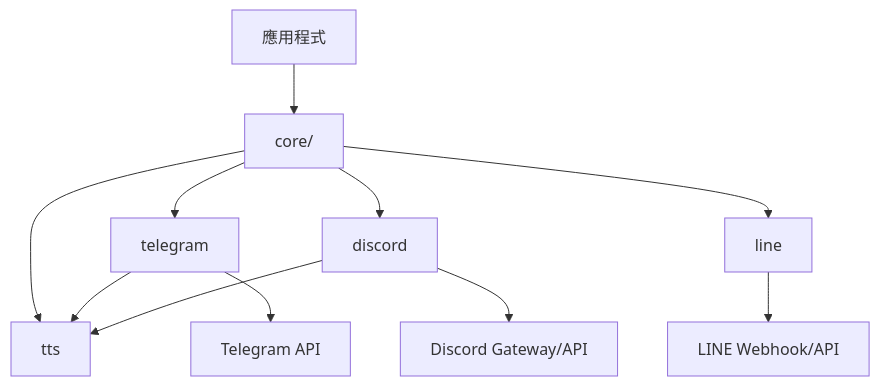
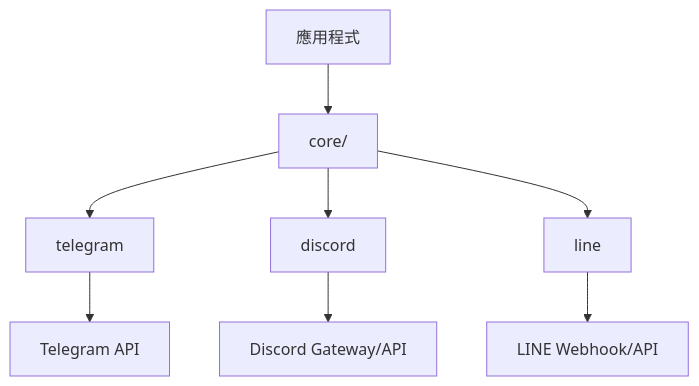
Before and after one commit to pardnchiu/go-bot: the diagram in doc/README.zh.md, drawn with Mermaid. The commit also changed other lines of this file and 5 other files, not shown here.

````diff
--- a/doc/README.zh.md
+++ b/doc/README.zh.md
@@ -38,13 +38,10 @@
 ```mermaid
 graph TB
     App[應用程式] --> Core[core/]
     Core --> TG[telegram]
     Core --> DC[discord]
     Core --> LN[line]
-    Core --> TTS[tts]
-    TG --> TTS
-    DC --> TTS
     TG --> TelegramAPI[Telegram API]
     DC --> DiscordAPI[Discord Gateway/API]
     LN --> LineAPI[LINE Webhook/API]
 ```
````
